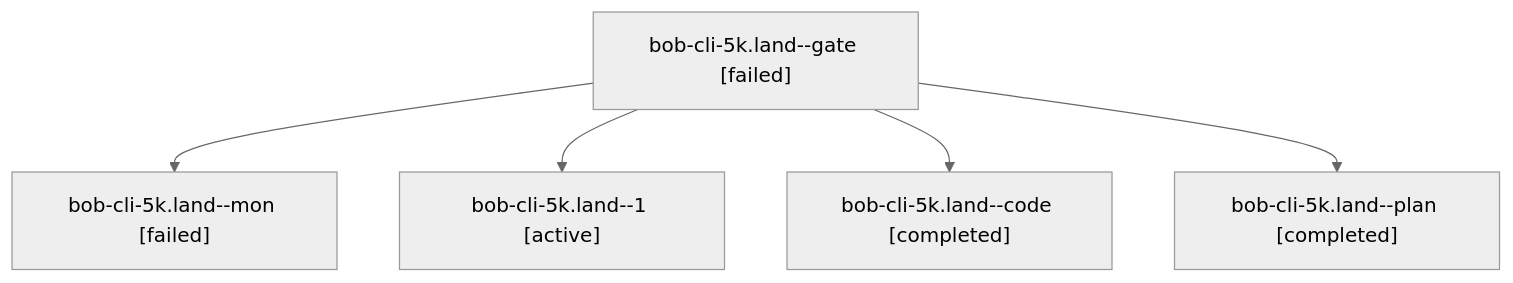
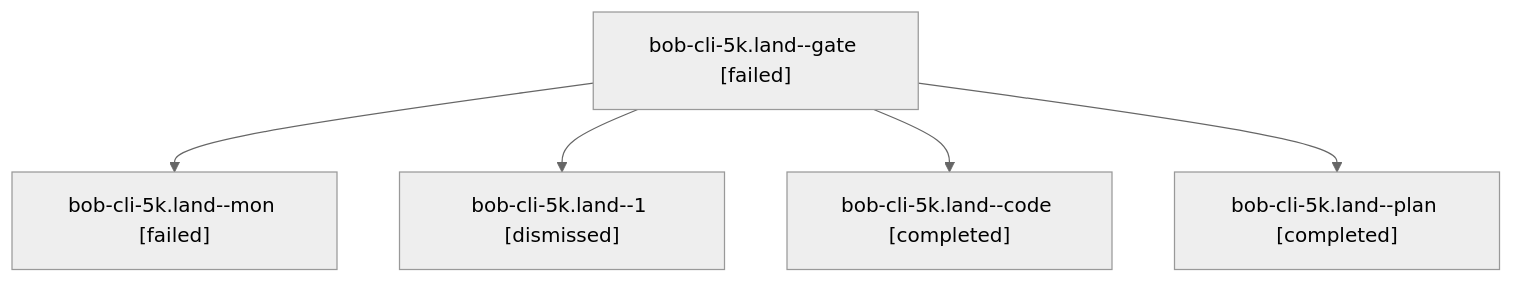
Before and after one commit to bobs-org/bob-cli--agents: the diagram in sessions/bbugyi200.athena.bob-cli-5k.land.md, drawn with Mermaid (neutral theme). The commit also changed other lines of this file and 103 other files, not shown here.

````diff
--- a/sessions/bbugyi200.athena.bob-cli-5k.land.md
+++ b/sessions/bbugyi200.athena.bob-cli-5k.land.md
@@ -9,12 +9,12 @@
 ```mermaid
 flowchart TD
   n0["bob-cli-5k.land--gate [failed]"]
   n1["bob-cli-5k.land--mon [failed]"]
   n0 --> n1
-  n2["bob-cli-5k.land--1 [active]"]
+  n2["bob-cli-5k.land--1 [dismissed]"]
   n0 --> n2
   n3["bob-cli-5k.land--code [completed]"]
   n0 --> n3
   n4["bob-cli-5k.land--plan [completed]"]
   n0 --> n4
 ```
````
